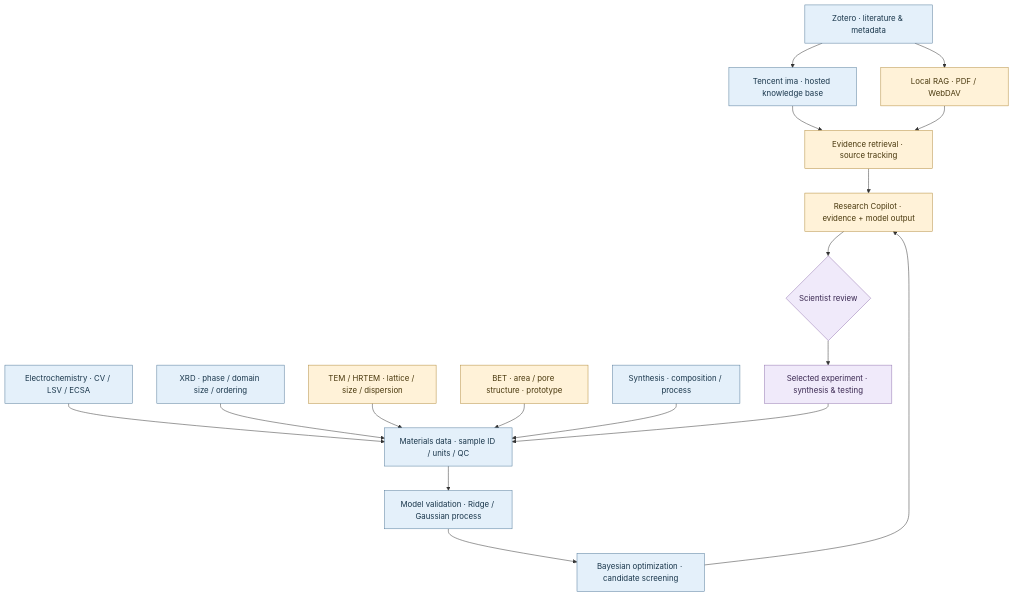
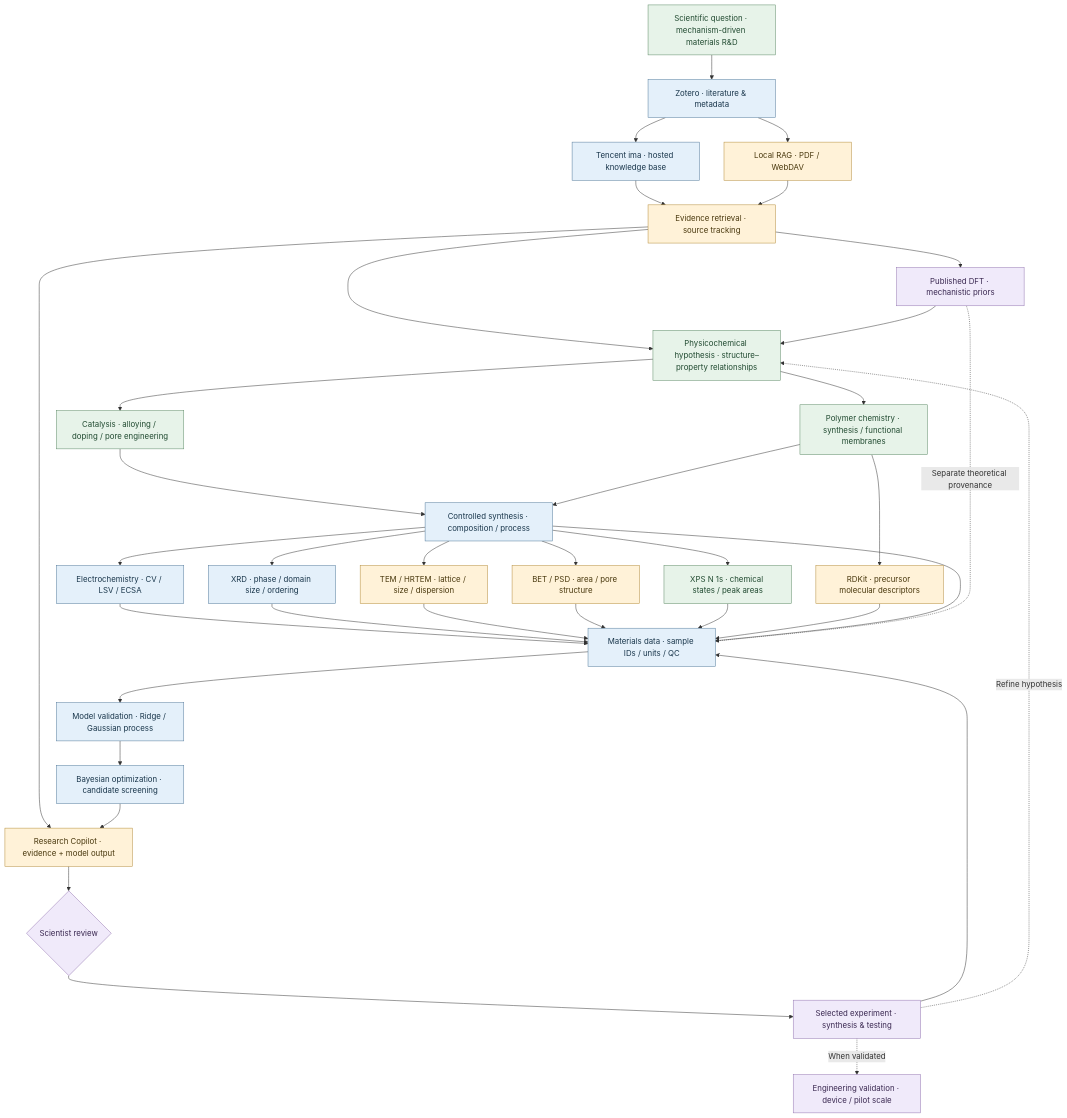
One commit to ANDYPENG09/ANDYPENG09 changed the diagram in README.md. Above: the diagram before and after it, drawn with Mermaid. The commit also changed other lines of this file, not shown here.

Commit message:
Update profile research workflow with mechanistic design, XPS and literature DFT priors

````diff
--- a/README.md
+++ b/README.md
@@ -22,25 +22,46 @@
 ```mermaid
 flowchart TD
-    Z["Zotero · literature & metadata"] --> I["Tencent ima · hosted knowledge base"]
+    Q["Scientific question · mechanism-driven materials R&D"] --> Z["Zotero · literature & metadata"]
+    Z --> I["Tencent ima · hosted knowledge base"]
     Z --> L["Local RAG · PDF / WebDAV"]
     I --> R["Evidence retrieval · source tracking"]
     L --> R
-    A["Electrochemistry · CV / LSV / ECSA"] --> D["Materials data · sample ID / units / QC"]
-    X["XRD · phase / domain size / ordering"] --> D
-    T["TEM / HRTEM · lattice / size / dispersion"] --> D
-    P["BET · area / pore structure · prototype"] --> D
-    S["Synthesis · composition / process"] --> D
+    R --> F["Published DFT · mechanistic priors"]
+    R --> M["Physicochemical hypothesis · structure–property relationships"]
+    F --> M
+    M --> C["Catalysis · alloying / doping / pore engineering"]
+    M --> P["Polymer chemistry · synthesis / functional membranes"]
+    C --> S["Controlled synthesis · composition / process"]
+    P --> S
+    P --> RD["RDKit · precursor molecular descriptors"]
+    S --> A["Electrochemistry · CV / LSV / ECSA"]
+    S --> X["XRD · phase / domain size / ordering"]
+    S --> T["TEM / HRTEM · lattice / size / dispersion"]
+    S --> BET["BET / PSD · area / pore structure"]
+    S --> XP["XPS N 1s · chemical states / peak areas"]
+    A --> D["Materials data · sample IDs / units / QC"]
+    X --> D
+    T --> D
+    BET --> D
+    XP --> D
+    RD --> D
+    S --> D
+    F -. "Separate theoretical provenance" .-> D
     D --> V["Model validation · Ridge / Gaussian process"]
     V --> B["Bayesian optimization · candidate screening"]
     R --> H["Research Copilot · evidence + model output"]
     B --> H
     H --> G{"Scientist review"}
     G --> E["Selected experiment · synthesis & testing"]
     E --> D
+    E -. "Refine hypothesis" .-> M
+    E -. "When validated" .-> ENG["Engineering validation · device / pilot scale"]
     classDef existing fill:#e4f0fa,stroke:#52799a,color:#19364b
     classDef prototype fill:#fff2d8,stroke:#b38b39,color:#49380d
     classDef planned fill:#f0eafa,stroke:#9274b0,color:#3a2851
+    classDef experience fill:#e7f3e9,stroke:#5c8965,color:#204a30
     class Z,I,A,X,S,D,V,B existing
-    class L,R,H,T,P prototype
-    class G,E planned
+    class L,R,H,T,BET,RD prototype
+    class F,G,E,ENG planned
+    class Q,M,C,P,XP experience
 ```
````
